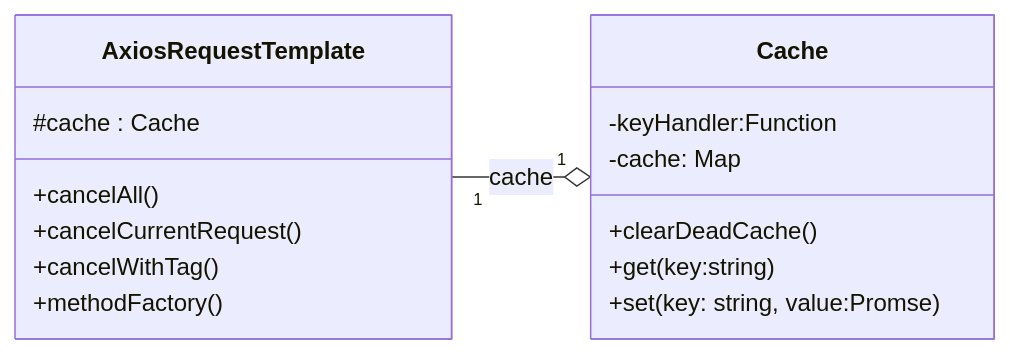
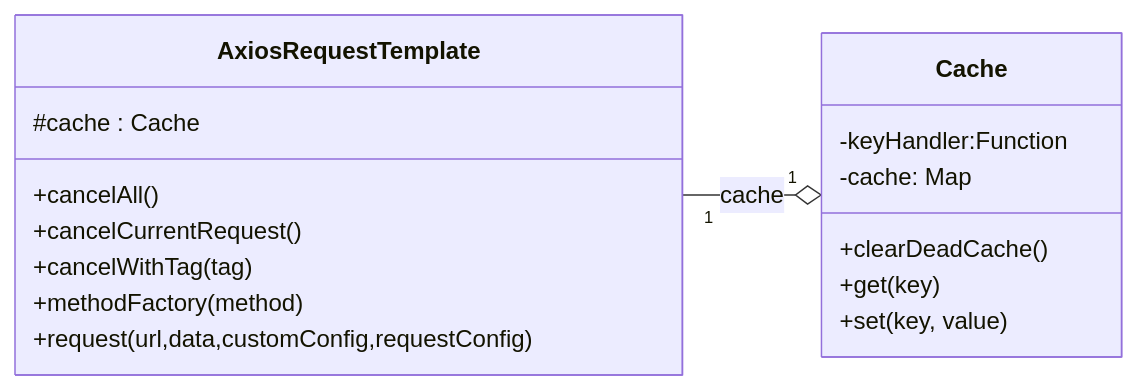
The first of 2 diagrams in README.md (mengxinssfd/request-template), drawn with Mermaid before and after one commit. The commit also changed other lines of this file, not shown here.

````diff
--- a/README.md
+++ b/README.md
@@ -8,20 +7,21 @@
 ```mermaid
 classDiagram
       direction LR
       class AxiosRequestTemplate{
           #cache : Cache
           +cancelAll()
           +cancelCurrentRequest()
-          +cancelWithTag()
-          +methodFactory()
+          +cancelWithTag(tag)
+          +methodFactory(method)
+          +request(url,data,customConfig,requestConfig)
       }
       AxiosRequestTemplate "1" --o "1" Cache: cache
       class Cache{
           -keyHandler:Function
           -cache: Map
           +clearDeadCache()
-          +get(key:string)
-          +set(key: string, value:Promse<any>)
+          +get(key)
+          +set(key, value)
       }
    
 ```
````
